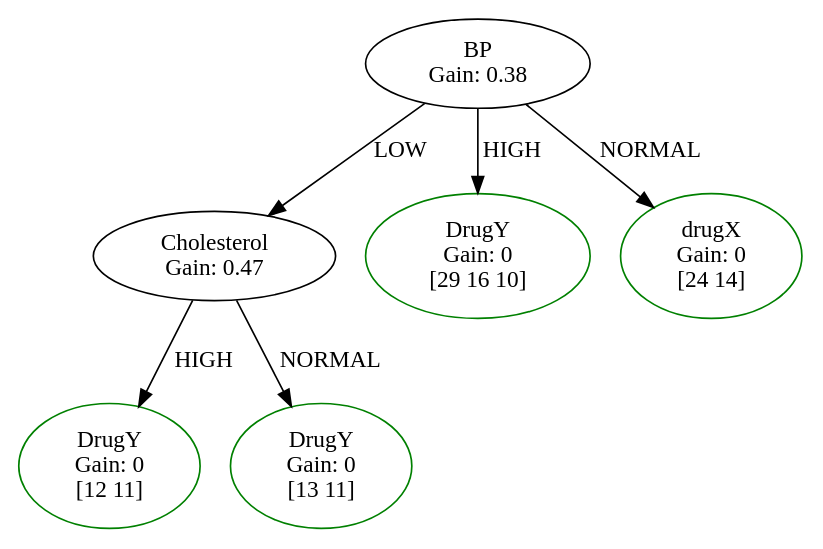
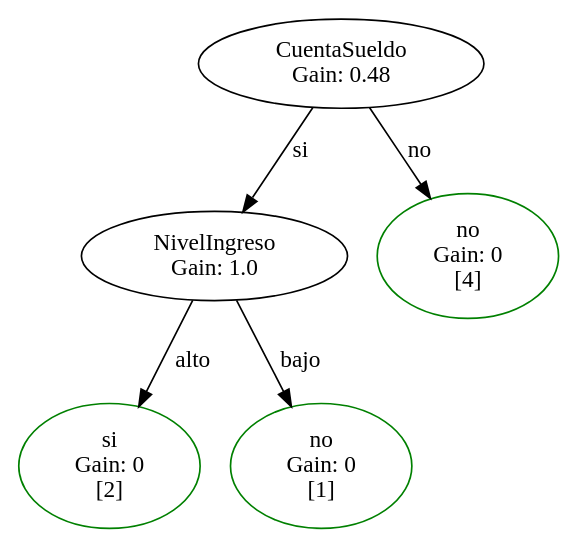
One commit to AlejandroFNadal/ia_decision_trees changed the diagram in Digraph.gv. Above: the diagram before and after it, drawn with Graphviz. The commit also changed 10 other files, not shown here.

```diff
--- a/Digraph.gv
+++ b/Digraph.gv
@@ -1,23 +1,19 @@
 digraph {
-	0 [label="BP 
- Gain: 0.38"]
-	1 [label="Cholesterol 
- Gain: 0.47"]
-	0 -> 1 [label=LOW splines=line]
-	2 [label="DrugY 
+	0 [label="CuentaSueldo 
+ Gain: 0.48"]
+	6 [label="NivelIngreso 
+ Gain: 1.0"]
+	0 -> 6 [label=si splines=line]
+	7 [label="si 
  Gain: 0 
- [12 11]" color=green]
-	1 -> 2 [label=HIGH splines=line]
-	3 [label="DrugY 
+ [2]" color=green]
+	6 -> 7 [label=alto splines=line]
+	8 [label="no 
  Gain: 0 
- [13 11]" color=green]
-	1 -> 3 [label=NORMAL splines=line]
-	4 [label="DrugY 
+ [1]" color=green]
+	6 -> 8 [label=bajo splines=line]
+	9 [label="no 
  Gain: 0 
- [29 16 10]" color=green]
-	0 -> 4 [label=HIGH splines=line]
-	5 [label="drugX 
- Gain: 0 
- [24 14]" color=green]
-	0 -> 5 [label=NORMAL splines=line]
+ [4]" color=green]
+	0 -> 9 [label=no splines=line]
 }
```
